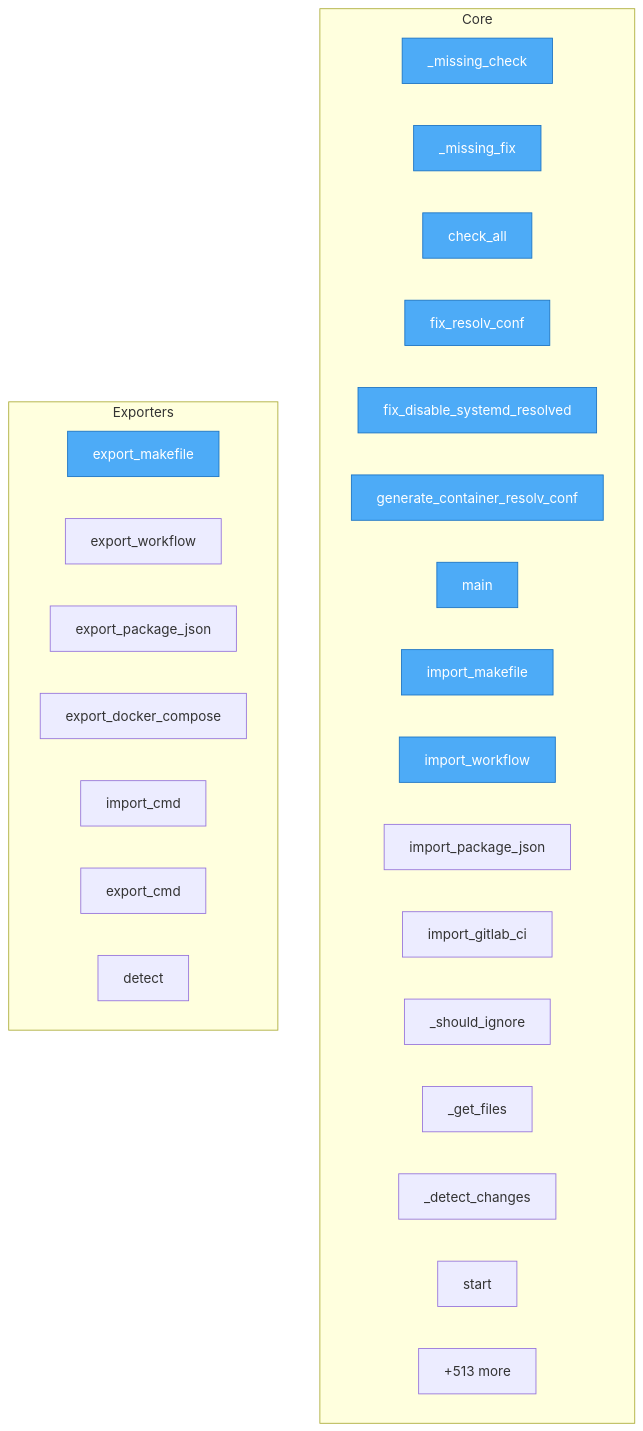
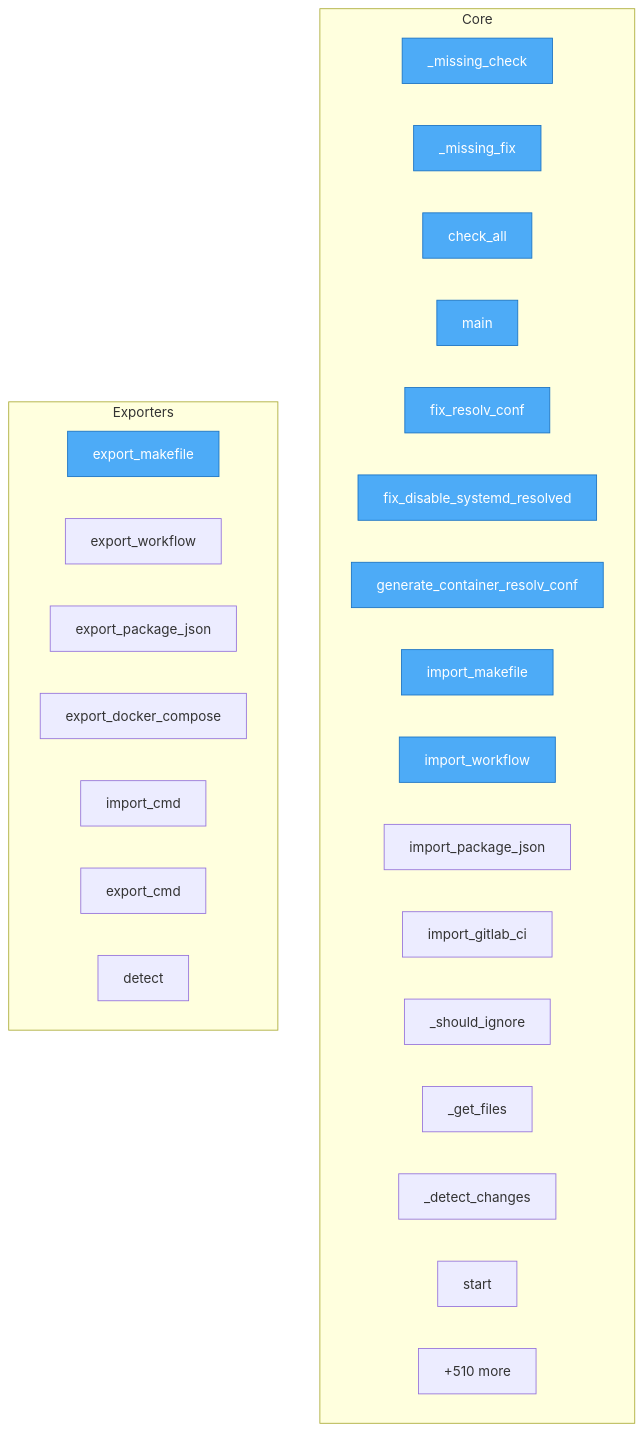
The diagram in project/flow.mmd (pyfunc/taskfile), drawn with Mermaid before and after one commit. The commit also changed 176 other files, not shown here.

```diff
--- a/project/flow.mmd
+++ b/project/flow.mmd
@@ -1,35 +1,35 @@
 flowchart TD
 
     %% Entry points (blue)
     classDef entry fill:#4dabf7,stroke:#1971c2,color:#fff
 
     subgraph Core
         TODO___missing_check["_missing_check"]
         TODO___missing_fix["_missing_fix"]
         TODO__check_all["check_all"]
+        TODO__src__fixop__cli__main["main"]
         TODO__dns__fix_resolv_conf["fix_resolv_conf"]
         TODO__dns__fix_disable_systemd_resolved["fix_disable_systemd_resolved"]
         TODO__dns__generate_container_resolv_conf["generate_container_resolv_conf"]
-        TODO__src__fixop__cli__main["main"]
         src__taskfile__converters__MakefileConverter__import_makefile["import_makefile"]
         src__taskfile__converters__GitHubActionsConverter__import_workflow["import_workflow"]
         src__taskfile__converters__NpmScriptsConverter__import_package_json["import_package_json"]
         src__taskfile__converters__GitLabCIConverter__import_gitlab_ci["import_gitlab_ci"]
         src__taskfile__watch__FileWatcher___should_ignore["_should_ignore"]
         src__taskfile__watch__FileWatcher___get_files["_get_files"]
         src__taskfile__watch__FileWatcher___detect_changes["_detect_changes"]
         src__taskfile__watch__FileWatcher__start["start"]
-        ...["+513 more"]
+        ...["+510 more"]
     end
 
     subgraph Exporters
         src__taskfile__converters__MakefileConverter__export_makefile["export_makefile"]
         src__taskfile__converters__GitHubActionsConverter__export_workflow["export_workflow"]
         src__taskfile__converters__NpmScriptsConverter__export_package_json["export_package_json"]
         src__taskfile__converters__DockerComposeConverter__export_docker_compose["export_docker_compose"]
         src__taskfile__cli__import_export__import_cmd["import_cmd"]
         src__taskfile__cli__import_export__export_cmd["export_cmd"]
         src__taskfile__cli__import_export__detect["detect"]
     end
 
-    class TODO___missing_check,TODO___missing_fix,TODO__check_all,TODO__dns__fix_resolv_conf,TODO__dns__fix_disable_systemd_resolved,TODO__dns__generate_container_resolv_conf,TODO__src__fixop__cli__main,src__taskfile__converters__MakefileConverter__import_makefile,src__taskfile__converters__MakefileConverter__export_makefile,src__taskfile__converters__GitHubActionsConverter__import_workflow entry
+    class TODO___missing_check,TODO___missing_fix,TODO__check_all,TODO__src__fixop__cli__main,TODO__dns__fix_resolv_conf,TODO__dns__fix_disable_systemd_resolved,TODO__dns__generate_container_resolv_conf,src__taskfile__converters__MakefileConverter__import_makefile,src__taskfile__converters__MakefileConverter__export_makefile,src__taskfile__converters__GitHubActionsConverter__import_workflow entry
```
